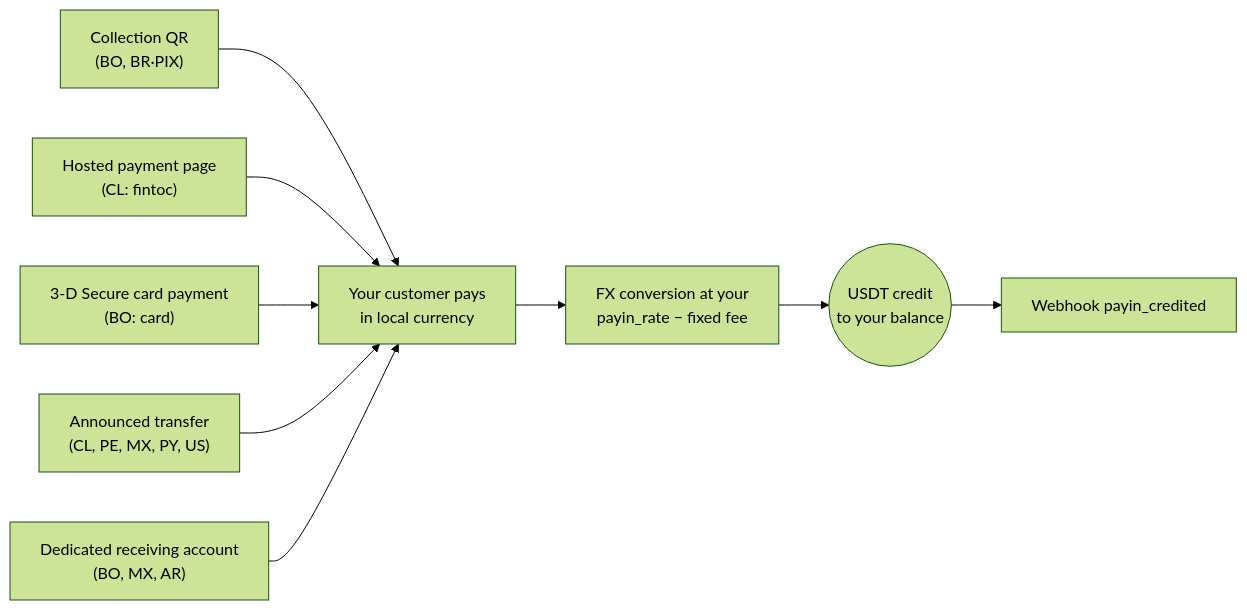
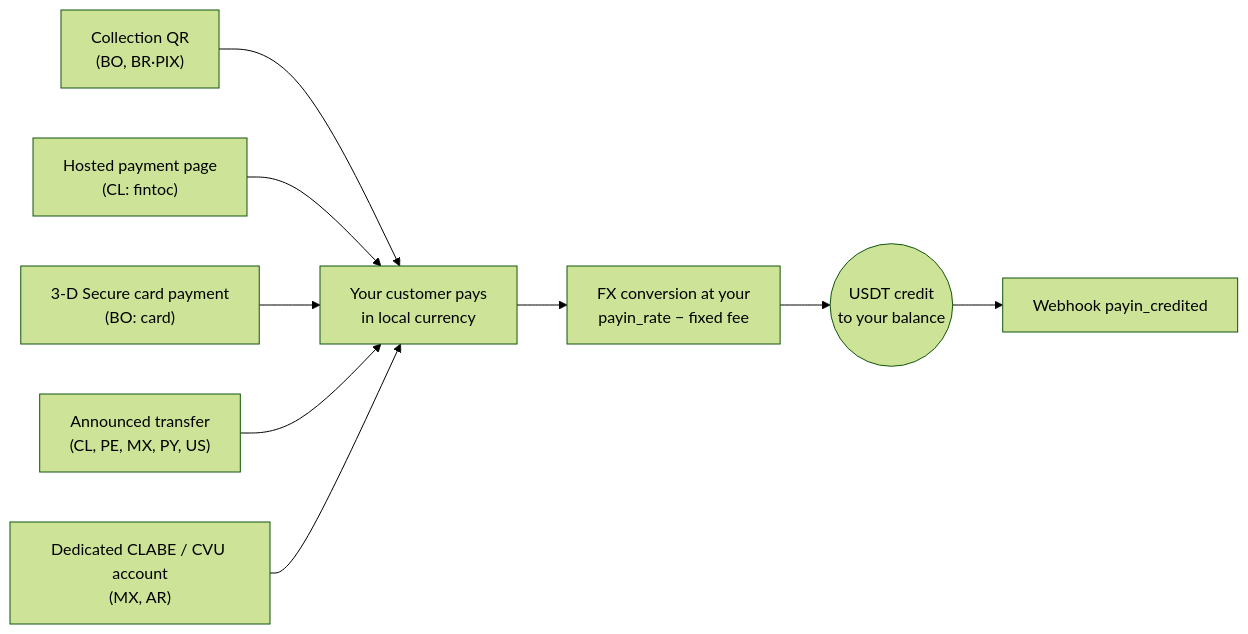
Before and after one commit to CBpayapp/cbpay-docs: the diagram in en/guides/payins.mdx, drawn with Mermaid (forest theme). The commit also changed other lines of this file and 41 other files, not shown here.

````diff
--- a/en/guides/payins.mdx
+++ b/en/guides/payins.mdx
@@ -19,11 +19,11 @@
 ```mermaid
 flowchart LR
     qr["Collection QR<br/>(BO, BR·PIX)"] --> pay["Your customer pays<br/>in local currency"]
     hosted["Hosted payment page<br/>(CL: fintoc)"] --> pay
     card["3-D Secure card payment<br/>(BO: card)"] --> pay
     announced["Announced transfer<br/>(CL, PE, MX, PY, US)"] --> pay
-    clabe["Dedicated receiving account<br/>(BO, MX, AR)"] --> pay
+    clabe["Dedicated CLABE / CVU account<br/>(MX, AR)"] --> pay
     pay --> conv["FX conversion at your<br/>payin_rate − fixed fee"]
     conv --> credit(("USDT credit<br/>to your balance"))
     credit --> wh["Webhook payin_credited"]
 ```
````
